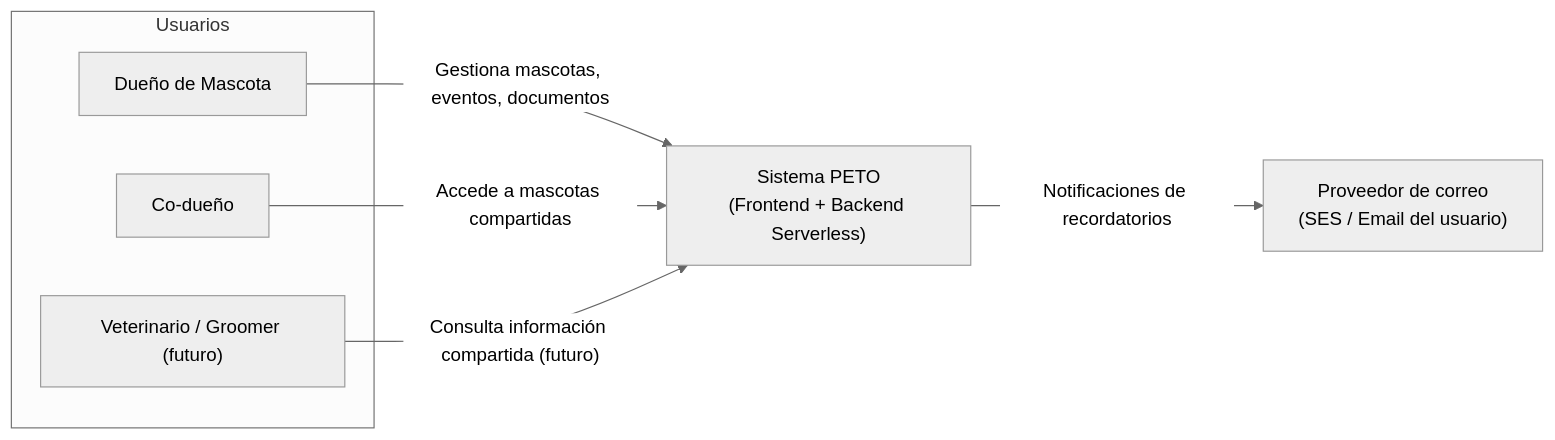
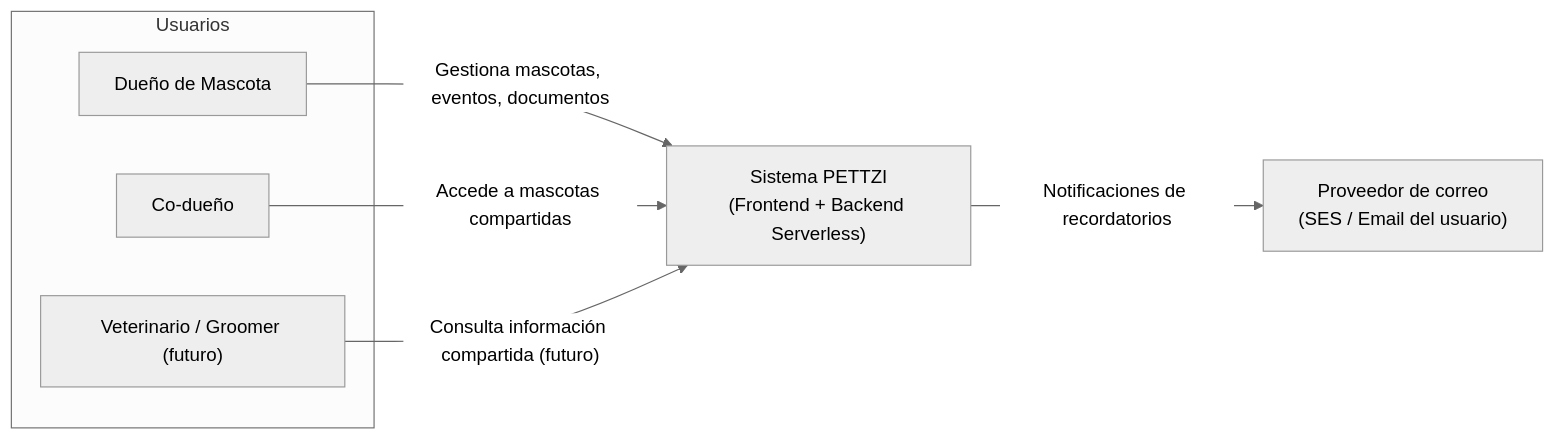
One commit to fjbatresv/pettzi changed the first of 7 diagrams in ARCHITECTURE.md. Above: the diagram before and after it, drawn with Mermaid (neutral theme). The commit also changed other lines of this file and 147 other files, not shown here.

````diff
--- a/ARCHITECTURE.md
+++ b/ARCHITECTURE.md
@@ -27,18 +27,18 @@
 ```mermaid
 flowchart LR
     subgraph Users["Usuarios"]
         owner["Dueño de Mascota"]
         coOwner["Co-dueño"]
         vet["Veterinario / Groomer (futuro)"]
     end
 
-    peto["Sistema PETO\n(Frontend + Backend Serverless)"]
+    pettzi["Sistema PETTZI\n(Frontend + Backend Serverless)"]
 
     email["Proveedor de correo\n(SES / Email del usuario)"]
 
-    owner -->|Gestiona mascotas, eventos, documentos| peto
-    coOwner -->|Accede a mascotas compartidas| peto
-    vet -->|"Consulta información compartida (futuro)"| peto
+    owner -->|Gestiona mascotas, eventos, documentos| pettzi
+    coOwner -->|Accede a mascotas compartidas| pettzi
+    vet -->|"Consulta información compartida (futuro)"| pettzi
 
-    peto -->|Notificaciones de recordatorios| email
+    pettzi -->|Notificaciones de recordatorios| email
 ```
````
